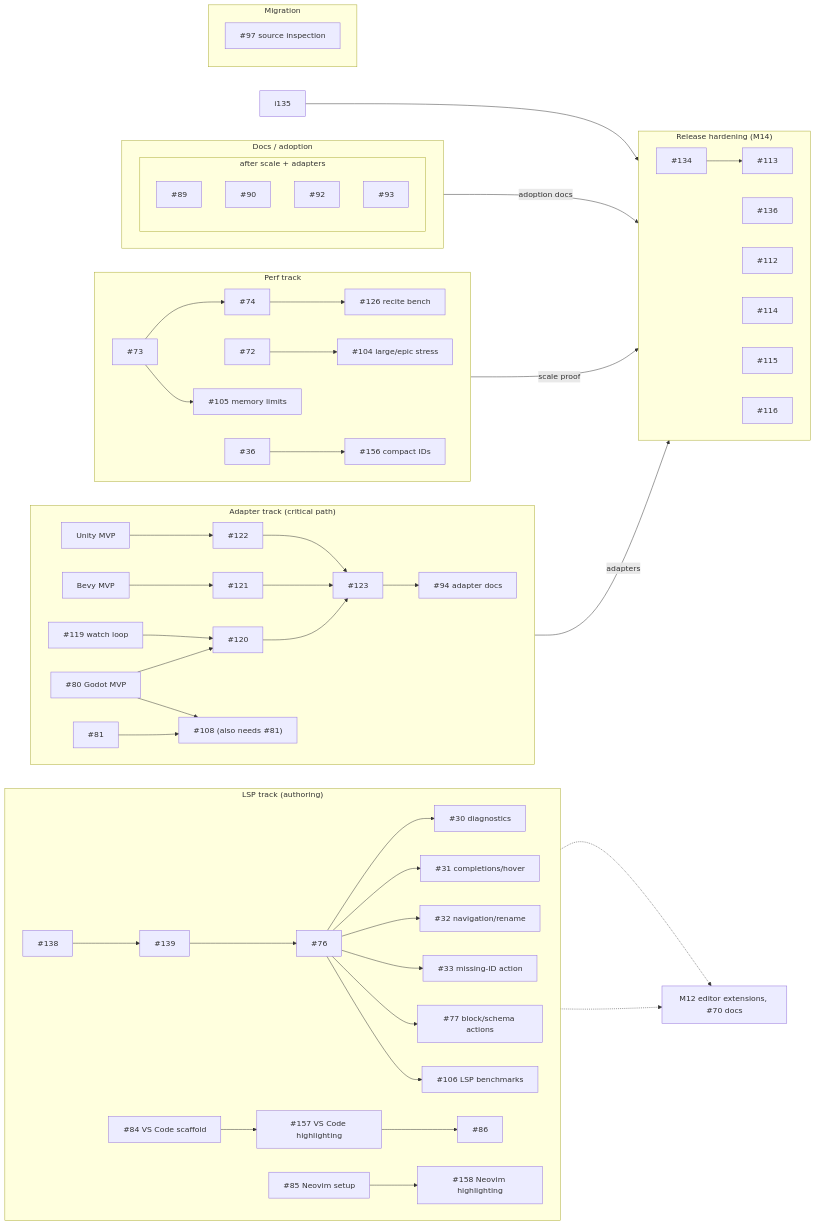
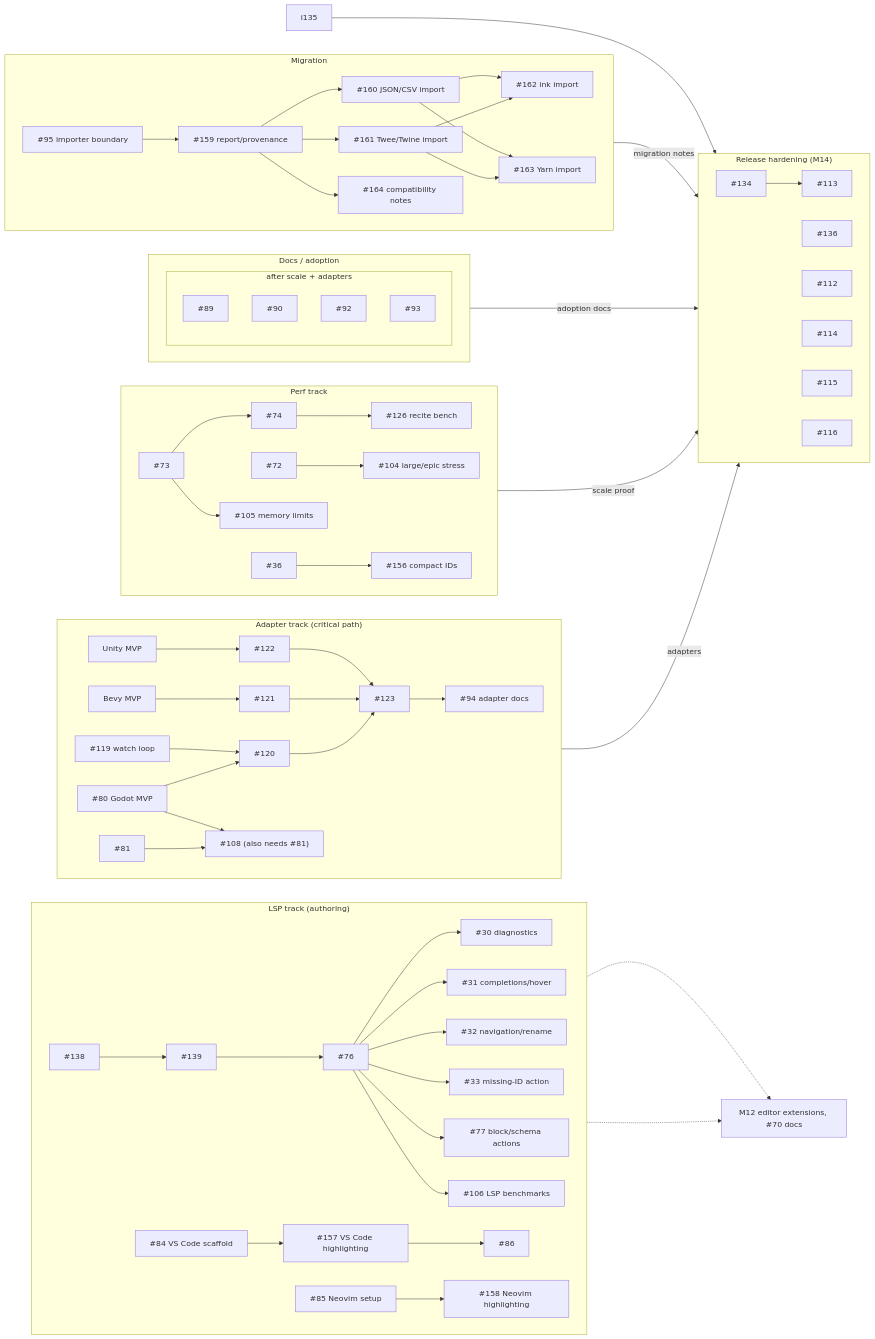
One commit to plethu/recite changed the diagram in docs/roadmap.md. Above: the diagram before and after it, drawn with Mermaid. The commit also changed other lines of this file, not shown here.

Commit message:
docs: track migration importer follow-ups

````diff
--- a/docs/roadmap.md
+++ b/docs/roadmap.md
@@ -53,73 +53,82 @@
 ```mermaid
 flowchart LR
   subgraph LSP["LSP track (authoring)"]
     direction LR
     i138["#138"] --> i139["#139"]
     i139["#139"] --> i76["#76"]
     i76 --> i30["#30 diagnostics"]
     i76 --> i31["#31 completions/hover"]
     i76 --> i32["#32 navigation/rename"]
     i76 --> i33["#33 missing-ID action"]
     i76 --> i77["#77 block/schema actions"]
     i76 --> i106["#106 LSP benchmarks"]
     i84["#84 VS Code scaffold"] --> i157["#157 VS Code highlighting"]
     i157 --> i86["#86"]
     i85["#85 Neovim setup"] --> i158["#158 Neovim highlighting"]
   end
 
   subgraph ADP["Adapter track (critical path)"]
     direction LR
     i80["#80 Godot MVP"] --> i120["#120"]
     i119["#119 watch loop"] --> i120
     iBevy["Bevy MVP"] --> i121["#121"]
     iUnity["Unity MVP"] --> i122["#122"]
     i120 --> i123["#123"]
     i121 --> i123
     i122 --> i123
     i123 --> i94["#94 adapter docs"]
     i81["#81"] --> i108
     i80 --> i108["#108 (also needs #81)"]
   end
 
   subgraph PERF["Perf track"]
     direction LR
     i73["#73"] --> i74["#74"]
     i74 --> i126["#126 recite bench"]
     i72["#72"] --> i104["#104 large/epic stress"]
     i73 --> i105["#105 memory limits"]
     i36["#36"] --> i156["#156 compact IDs"]
   end
 
   subgraph DOCS["Docs / adoption"]
     direction LR
     subgraph DLATER["after scale + adapters"]
       i89["#89"]
       i90["#90"]
       i92["#92"]
       i93["#93"]
     end
   end
 
   subgraph MIG["Migration"]
-    i97["#97 source inspection"]
+    direction LR
+    i95["#95 importer boundary"] --> i159["#159 report/provenance"]
+    i159 --> i160["#160 JSON/CSV import"]
+    i159 --> i161["#161 Twee/Twine import"]
+    i159 --> i164["#164 compatibility notes"]
+    i160 --> i162["#162 ink import"]
+    i161 --> i162
+    i160 --> i163["#163 Yarn import"]
+    i161 --> i163
   end
 
   subgraph REL["Release hardening (M14)"]
     direction LR
     i134["#134"]
     i136["#136"]
     i112["#112"]
     i113["#113"]
     i114["#114"]
     i115["#115"]
     i116["#116"]
   end
 
   i157 -.-> editor["M12 editor extensions, #70 docs"]
   i158 -.-> editor
   i134 --> i113
   i135 --> i112
   i94 -- adapters --> REL
   i74 -- scale proof --> REL
+  i164 -- migration notes --> REL
   DLATER -- adoption docs --> REL
 ```
````
